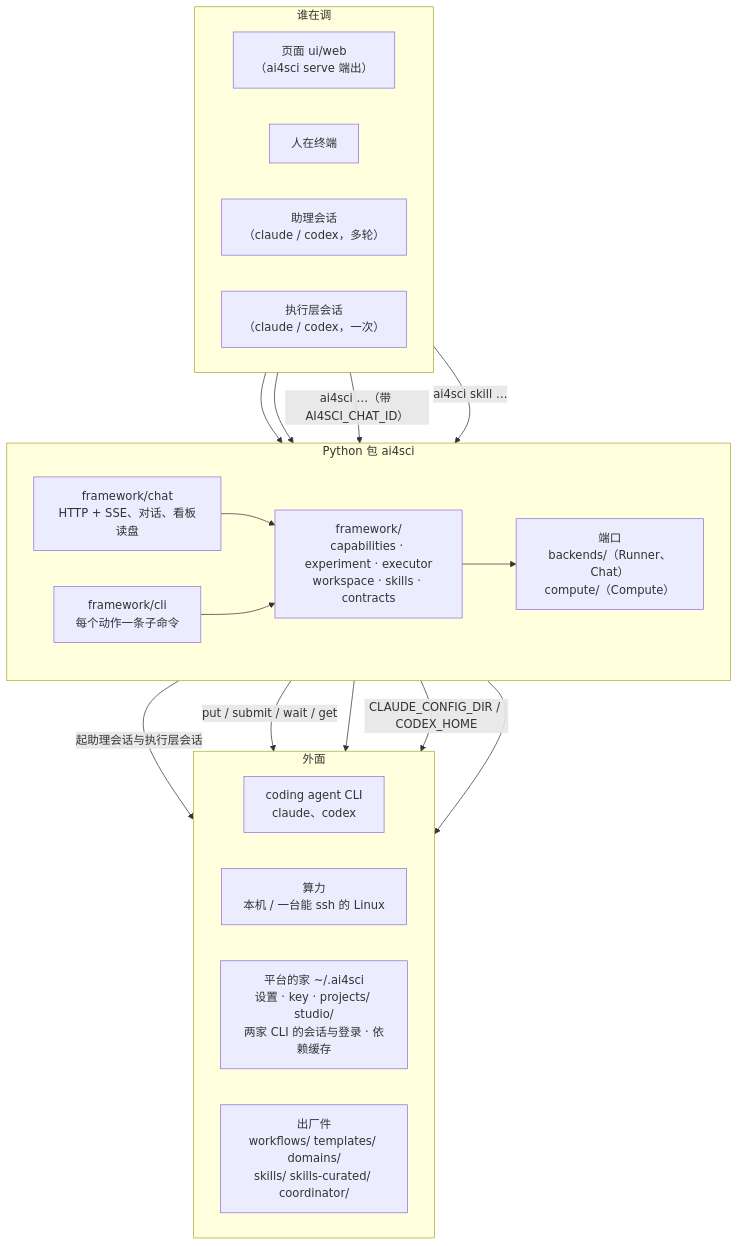
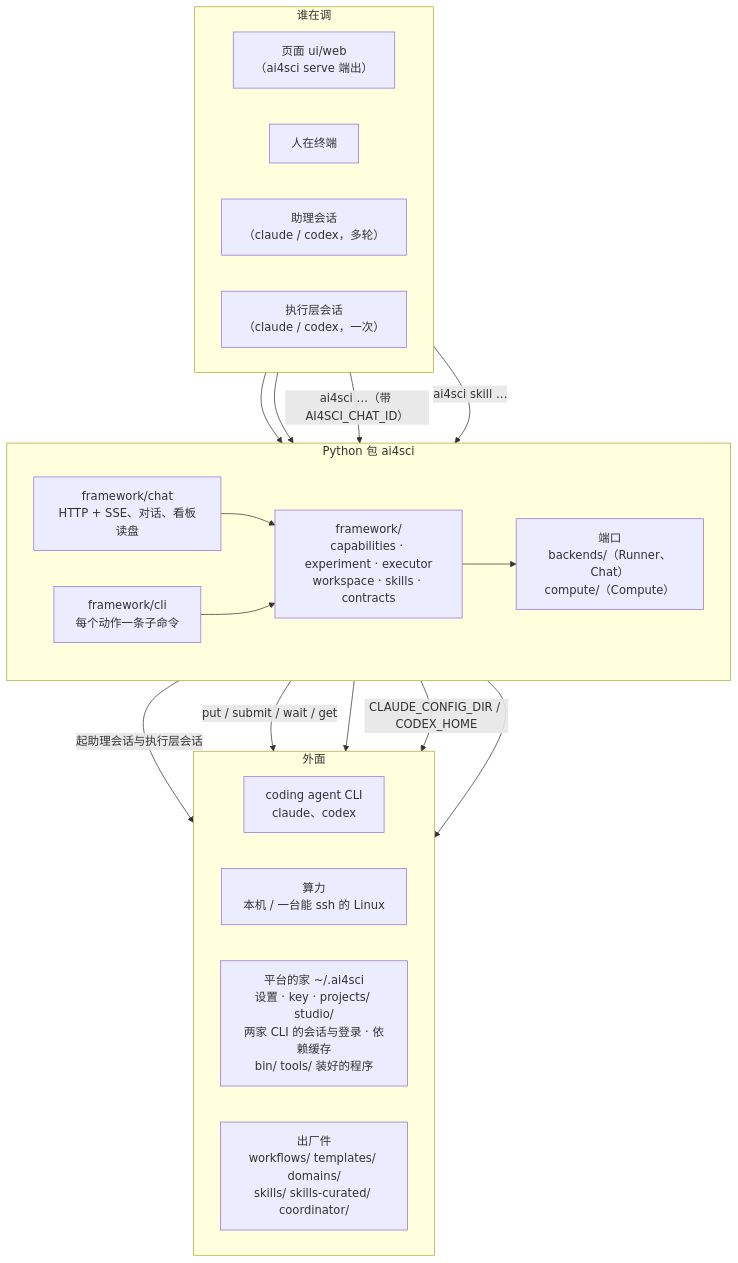
One commit to zephyr4123/TJU-AI4Science-Platform changed the diagram in README.md. Above: the diagram before and after it, drawn with Mermaid. The commit also changed other lines of this file and 5 other files, not shown here.

````diff
--- a/README.md
+++ b/README.md
@@ -13,36 +13,36 @@
 ```mermaid
 flowchart TB
   subgraph CLIENTS["谁在调"]
     direction LR
     UI["页面 ui/web<br/>（ai4sci serve 端出）"]
     TERM["人在终端"]
     AST["助理会话<br/>（claude / codex，多轮）"]
     EXE["执行层会话<br/>（claude / codex，一次）"]
   end
   subgraph PKG["Python 包 ai4sci"]
     direction LR
     SRV["framework/chat<br/>HTTP + SSE、对话、看板读盘"]
     CLI["framework/cli<br/>每个动作一条子命令"]
     CORE["framework/<br/>capabilities · experiment · executor<br/>workspace · skills · contracts"]
     PORTS["端口<br/>backends/（Runner、Chat）<br/>compute/（Compute）"]
   end
   subgraph OUT["外面"]
     direction LR
     CC["coding agent CLI<br/>claude、codex"]
     MACH["算力<br/>本机 / 一台能 ssh 的 Linux"]
-    HOME["平台的家 ~/.ai4sci<br/>设置 · key · projects/ studio/<br/>两家 CLI 的会话与登录 · 依赖缓存"]
+    HOME["平台的家 ~/.ai4sci<br/>设置 · key · projects/ studio/<br/>两家 CLI 的会话与登录 · 依赖缓存<br/>bin/ tools/ 装好的程序"]
     SHIP["出厂件<br/>workflows/ templates/ domains/<br/>skills/ skills-curated/ coordinator/"]
   end
   UI --> SRV
   TERM --> CLI
   AST -- "ai4sci …（带 AI4SCI_CHAT_ID）" --> CLI
   EXE -- "ai4sci skill …" --> CLI
   SRV --> CORE
   CLI --> CORE
   CORE --> PORTS
   PORTS -- "起助理会话与执行层会话" --> CC
   PORTS -- "put / submit / wait / get" --> MACH
   CORE --> HOME
   PORTS -- "CLAUDE_CONFIG_DIR / CODEX_HOME" --> HOME
   CORE --> SHIP
 ```
````
